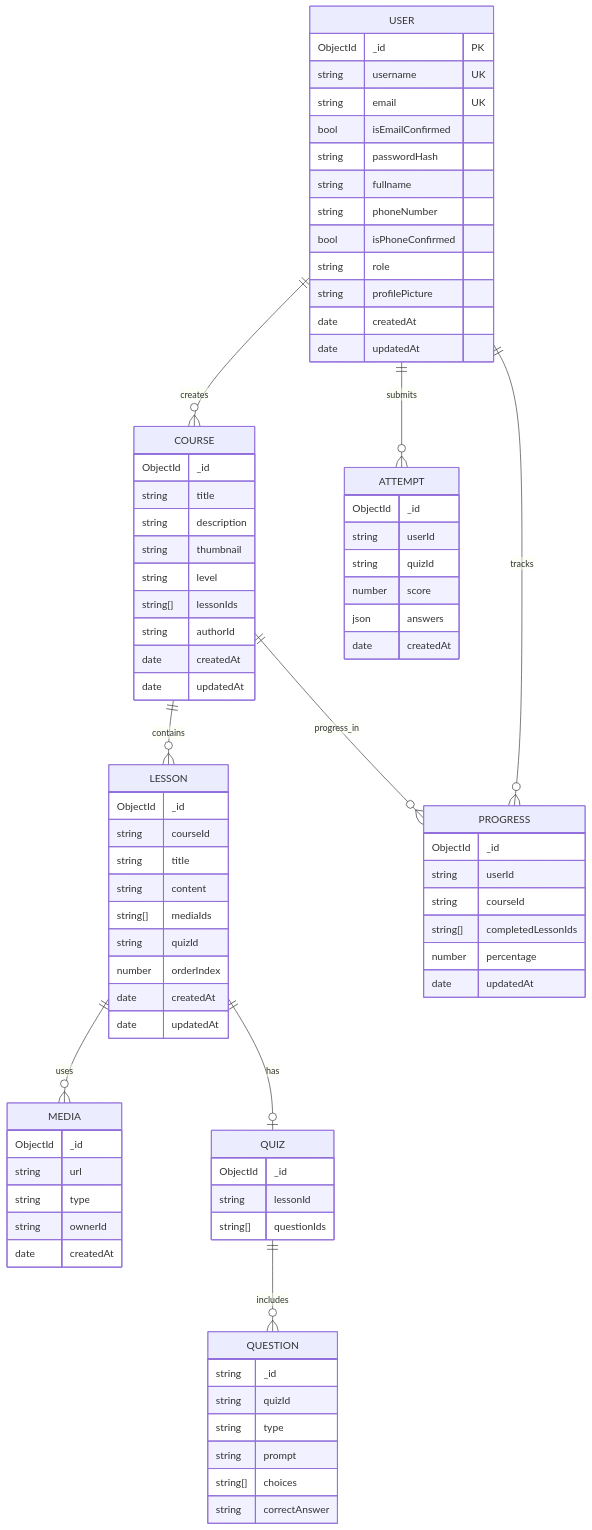
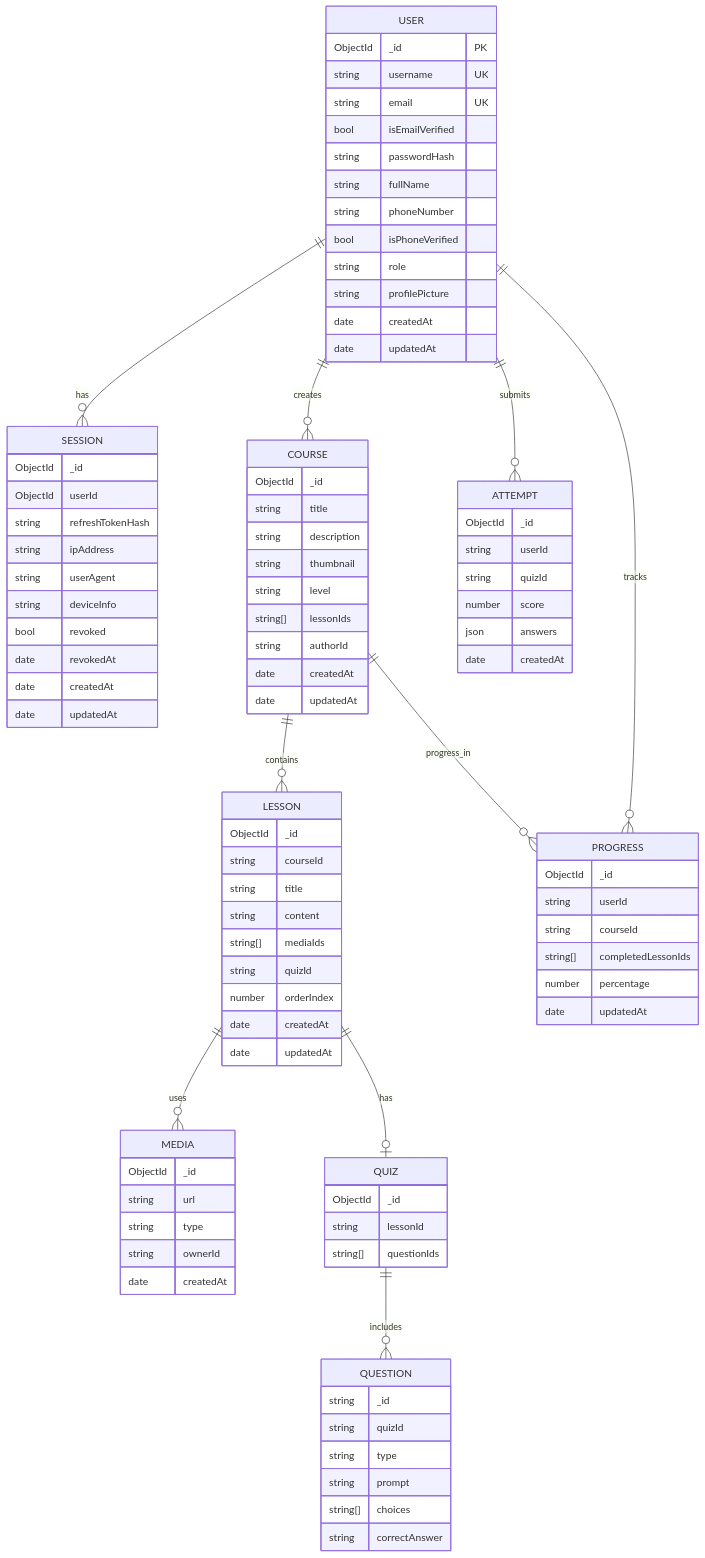
The fifth of 7 diagrams in docs/ARCHITECTURE.md (touanu/ttcn2), drawn with Mermaid before and after one commit. The commit also changed other lines of this file and 1 other file, not shown here.

Commit message:
Cập nhật tài liệu

```diff
--- a/docs/ARCHITECTURE.md
+++ b/docs/ARCHITECTURE.md
@@ -237,13 +236,26 @@
     ObjectId _id PK
     string username UK
     string email UK
-    bool isEmailConfirmed
+    bool isEmailVerified
     string passwordHash
-    string fullname
+    string fullName
     string phoneNumber
-    bool isPhoneConfirmed
+    bool isPhoneVerified
     string role
     string profilePicture
+    date createdAt
+    date updatedAt
+  }
+
+  SESSION {
+    ObjectId _id
+    ObjectId userId
+    string refreshTokenHash
+    string ipAddress
+    string userAgent
+    string deviceInfo
+    bool revoked
+    date revokedAt
     date createdAt
     date updatedAt
   }
@@ -313,6 +325,7 @@
     date createdAt
   }
 
+  USER ||--o{ SESSION : has
   USER ||--o{ COURSE : creates
   COURSE ||--o{ LESSON : contains
   LESSON ||--o{ MEDIA : uses
```
